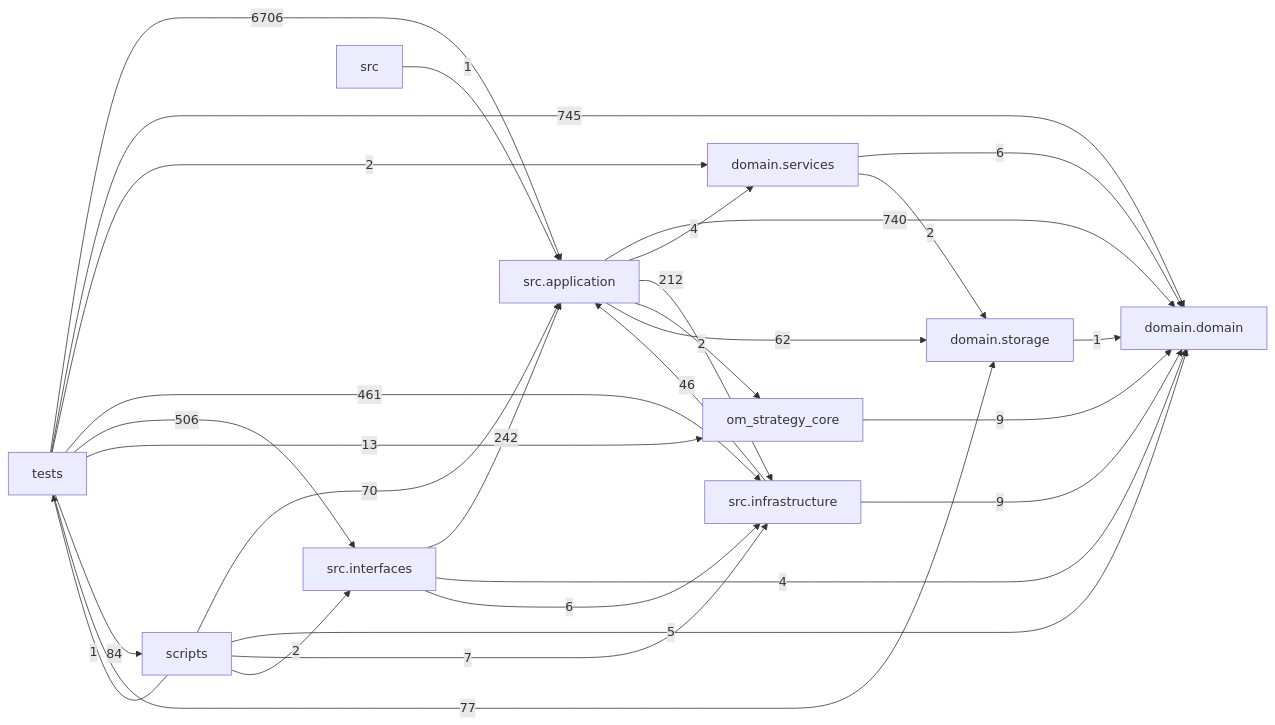
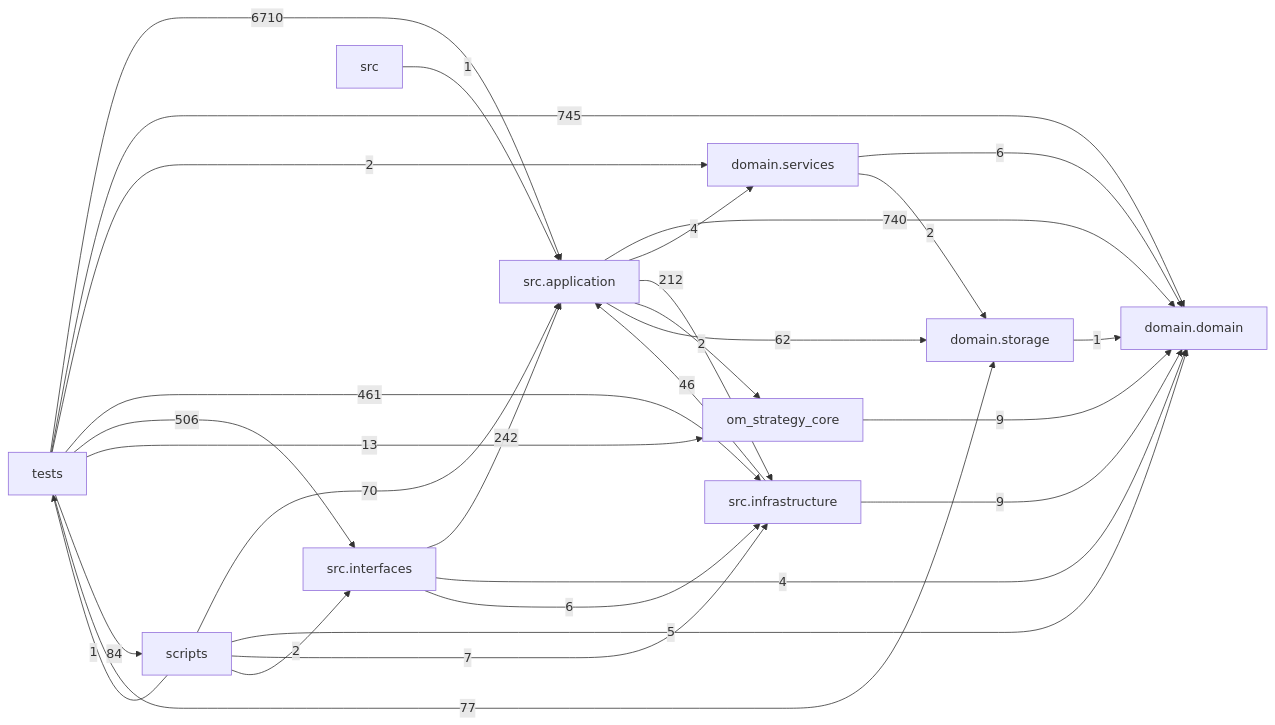
One commit to liuxie066/options-monitor changed the diagram in docs/DEPENDENCY_GRAPH.md. Above: the diagram before and after it, drawn with Mermaid. The commit also changed other lines of this file and 3 other files, not shown here.

````diff
--- a/docs/DEPENDENCY_GRAPH.md
+++ b/docs/DEPENDENCY_GRAPH.md
@@ -24,39 +24,39 @@
 ```mermaid
 flowchart LR
   tests["tests"]
   scripts["scripts"]
   interfaces["src.interfaces"]
   application["src.application"]
   infrastructure["src.infrastructure"]
   domain_services["domain.services"]
   domain["domain.domain"]
   storage["domain.storage"]
   application -->|740| domain
   application -->|4| domain_services
   application -->|212| infrastructure
   application -->|2| om_strategy_core
   application -->|62| storage
   domain_services -->|6| domain
   domain_services -->|2| storage
   infrastructure -->|46| application
   infrastructure -->|9| domain
   interfaces -->|242| application
   interfaces -->|4| domain
   interfaces -->|6| infrastructure
   om_strategy_core -->|9| domain
   scripts -->|70| application
   scripts -->|5| domain
   scripts -->|7| infrastructure
   scripts -->|2| interfaces
   scripts -->|1| tests
   src -->|1| application
   storage -->|1| domain
-  tests -->|6706| application
+  tests -->|6710| application
   tests -->|745| domain
   tests -->|2| domain_services
   tests -->|461| infrastructure
   tests -->|506| interfaces
   tests -->|13| om_strategy_core
   tests -->|84| scripts
   tests -->|77| storage
 ```
````
